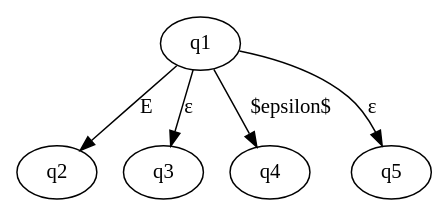
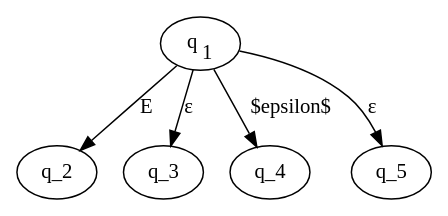
One commit to atu-se/atu.innomadic.com changed the diagram in courses/flat/lectures/epsilontest.md. Above: the diagram before and after it, drawn with Graphviz. The commit also changed other lines of this file and 3 other files, not shown here.

````diff
--- a/courses/flat/lectures/epsilontest.md
+++ b/courses/flat/lectures/epsilontest.md
@@ -11,8 +13,9 @@
 ```dot
 digraph G{
-    q1 -> q2 [label="E"]
-    q1 -> q3 [label="\&epsilon;"]
-    q1 -> q4 [label="$\epsilon$"]
-    q1 -> q5 [label="&#949;"]
+    q_1 [label=<q<SUB>1</SUB>>]
+    q_1 -> q_2 [label="E"]
+    q_1 -> q_3 [label="\&epsilon;"]
+    q_1 -> q_4 [label="$\epsilon$"]
+    q_1 -> q_5 [label="&#949;"]
 }
 ```
````
